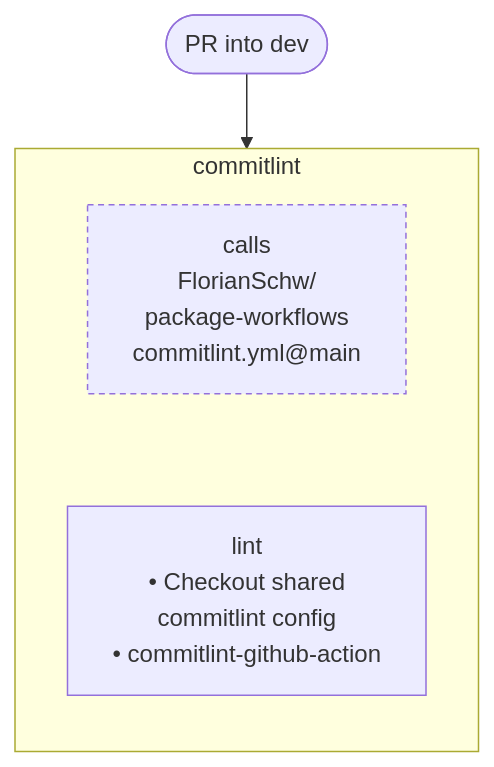
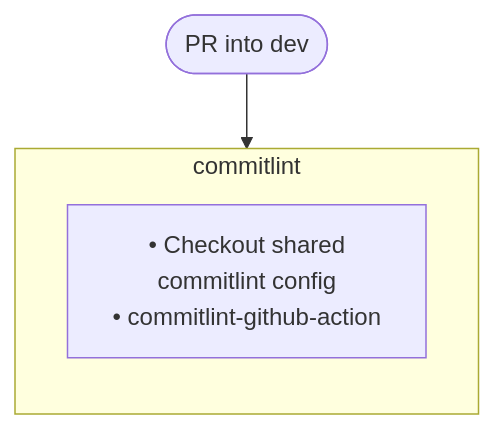
Before and after one commit to nfdi4health/dsSupportClient: the seventh of 15 diagrams in .github/workflow-graphs/README.md, drawn with Mermaid. The commit also changed other lines of this file, not shown here.

Commit message:
docs: update workflow diagrams

````diff
--- a/.github/workflow-graphs/README.md
+++ b/.github/workflow-graphs/README.md
@@ -188,12 +169,10 @@
 ```mermaid
 flowchart TD
   start(["PR into dev"])
   subgraph job_commitlint ["commitlint"]
     direction TB
-    job_commitlint__ref["calls<br/>FlorianSchw/<br/>package-workflows<br/>commitlint.yml@main"]:::refnote
-    job_commitlint__lint["lint<br/>• Checkout shared<br/>commitlint config<br/>• commitlint-github-action"]
-    job_commitlint__ref ~~~ job_commitlint__lint
+    job_commitlint__lint["• Checkout shared<br/>commitlint config<br/>• commitlint-github-action"]
   end
   start --> job_commitlint
-  classDef refnote stroke-dasharray: 4 3
+  classDef condnote stroke-dasharray: 4 3
 ```
````
